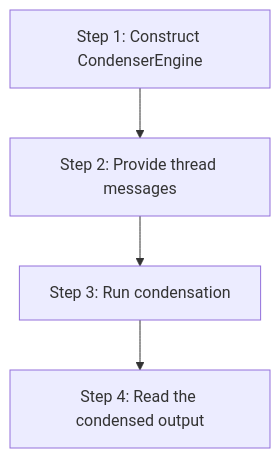
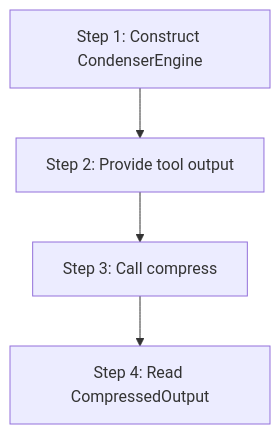
Before and after one commit to mdz-axo/zed-kask: the diagram in kask/docs/diataxis/hkask-condenser/tutorial.md, drawn with Mermaid. The commit also changed other lines of this file and 33 other files, not shown here.

````diff
--- a/kask/docs/diataxis/hkask-condenser/tutorial.md
+++ b/kask/docs/diataxis/hkask-condenser/tutorial.md
@@ -18,6 +20,6 @@
 ```mermaid
 flowchart TD
-    A[Step 1: Construct CondenserEngine] --> B[Step 2: Provide thread messages]
-    B --> C[Step 3: Run condensation]
-    C --> D[Step 4: Read the condensed output]
+    A[Step 1: Construct CondenserEngine] --> B[Step 2: Provide tool output]
+    B --> C[Step 3: Call compress]
+    C --> D[Step 4: Read CompressedOutput]
 ```
````
